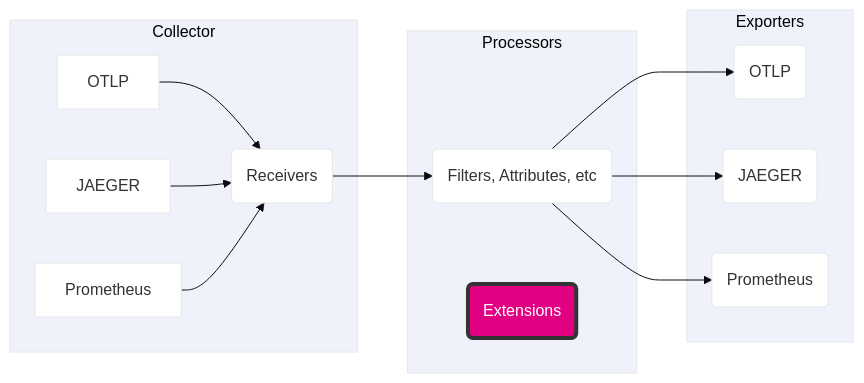
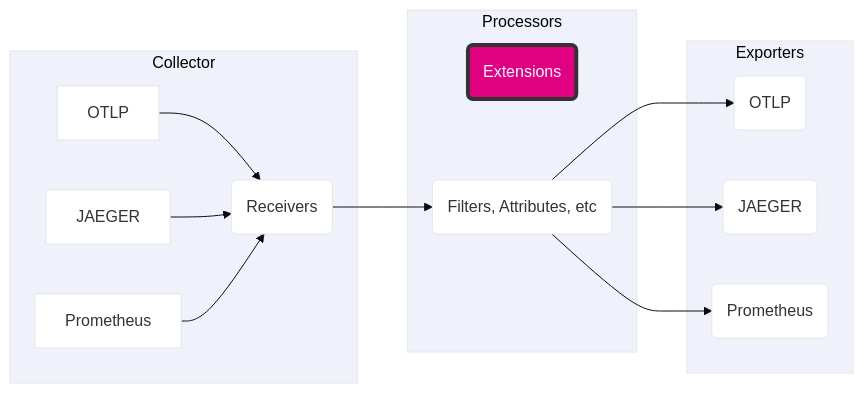
The diagram in content/en/conf/opentelemetry-collector/2-extensions.md (splunk/observability-workshop), drawn with Mermaid before and after one commit. The commit also changed other lines of this file and 5 other files, not shown here.

```diff
--- a/content/en/conf/opentelemetry-collector/2-extensions.md
+++ b/content/en/conf/opentelemetry-collector/2-extensions.md
@@ -11,29 +11,29 @@
 {{< mermaid >}}
 %%{
   init:{
     "theme":"base",
     "themeVariables": {
       "primaryColor": "#ffffff",
       "clusterBkg": "#eff2fb",
       "defaultLinkColor": "#333333"
     }
   }
 }%%
 
 flowchart LR;
+    style E fill:#e20082,stroke:#333,stroke-width:4px,color:#fff
     subgraph Collector
     A[OTLP] --> M(Receivers)
     B[JAEGER] --> M(Receivers)
     C[Prometheus] --> M(Receivers)
     end
     subgraph Processors
     M(Receivers) --> H(Filters, Attributes, etc)
     E(Extensions)
-    style E fill:#e20082,stroke:#333,stroke-width:4px,color:#fff
     end
     subgraph Exporters
     H(Filters, Attributes, etc) --> S(OTLP)
     H(Filters, Attributes, etc) --> T(JAEGER)
     H(Filters, Attributes, etc) --> U(Prometheus)
     end
 {{< /mermaid >}}
```
